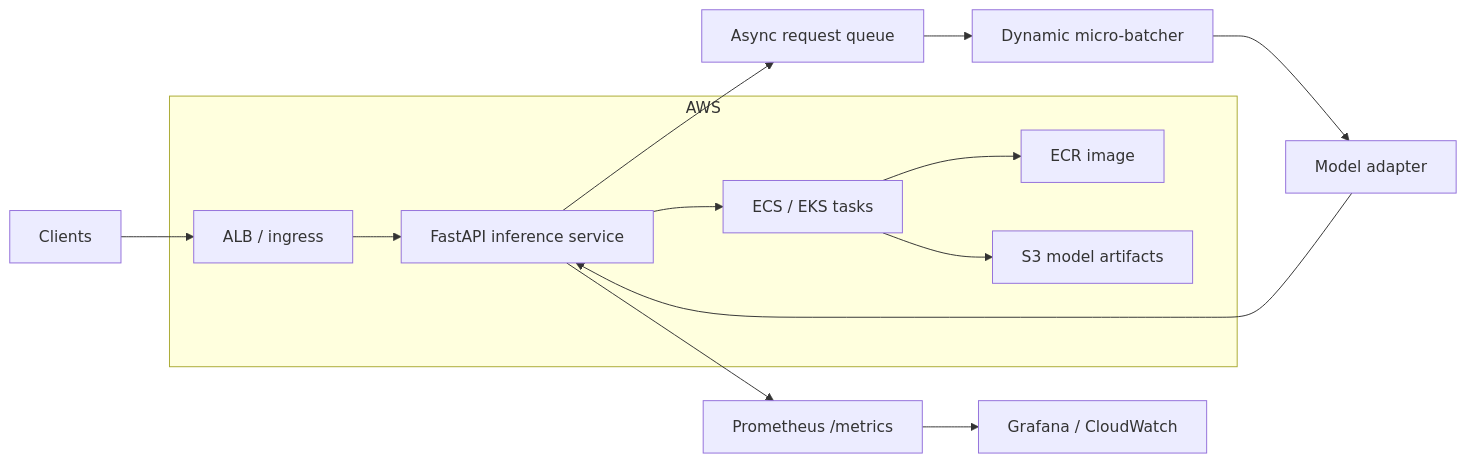
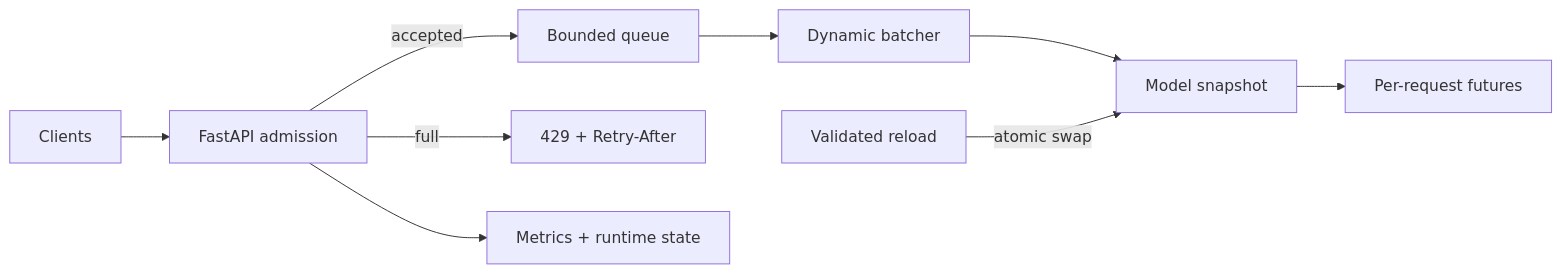
The diagram in README.md (cagataykavas/distributed-ml-inference), drawn with Mermaid before and after one commit. The commit also changed other lines of this file and 16 other files, not shown here.

Commit message:
refactor: build bounded inference runtime

````diff
--- a/README.md
+++ b/README.md
@@ -9,18 +11,11 @@
 ```mermaid
 flowchart LR
-    C[Clients] --> ALB[ALB / ingress]
-    ALB --> API[FastAPI inference service]
-    API --> Q[Async request queue]
-    Q --> B[Dynamic micro-batcher]
-    B --> M[Model adapter]
-    M --> API
-    API --> METRICS[Prometheus /metrics]
-    METRICS --> OBS[Grafana / CloudWatch]
-
-    subgraph AWS
-      ALB
-      API --> ECS[ECS / EKS tasks]
-      ECS --> ECR[ECR image]
-      ECS --> S3[S3 model artifacts]
-    end
+    C[Clients] --> A[FastAPI admission]
+    A -->|accepted| Q[Bounded queue]
+    A -->|full| O[429 + Retry-After]
+    Q --> B[Dynamic batcher]
+    B --> S[Model snapshot]
+    S --> R[Per-request futures]
+    M[Validated reload] -->|atomic swap| S
+    A --> T[Metrics + runtime state]
 ```
````
